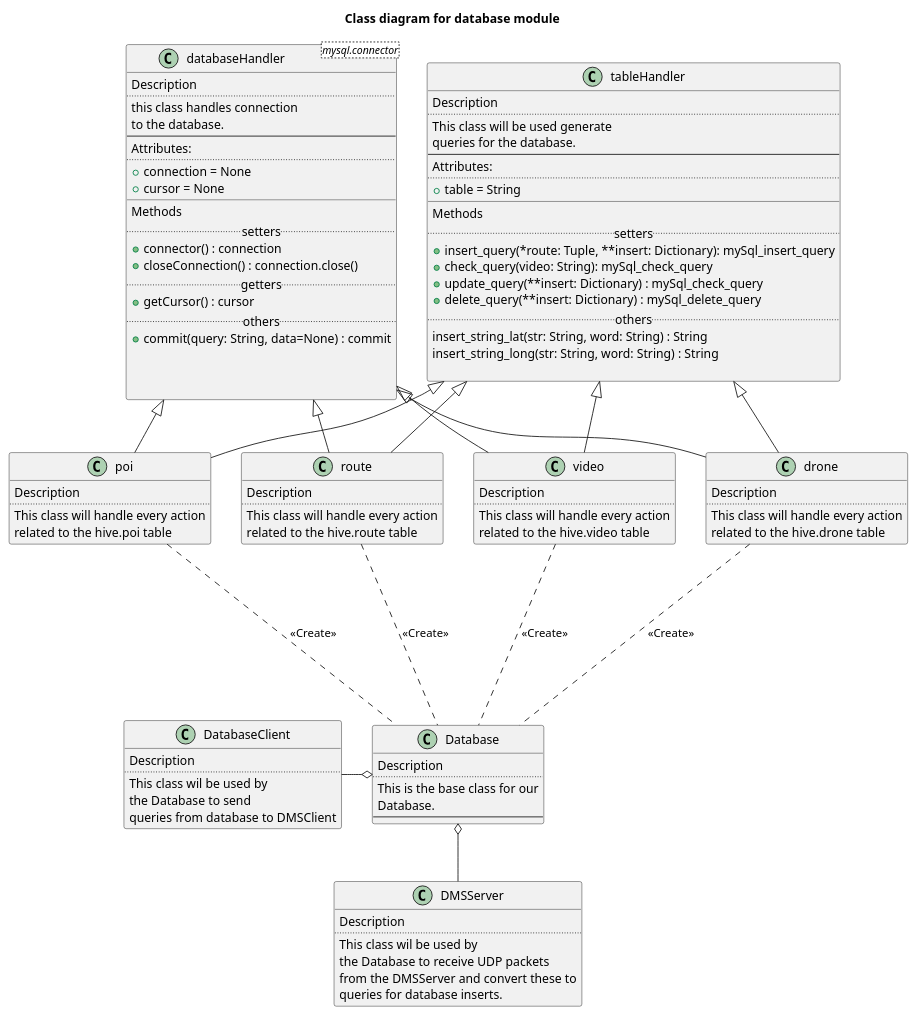
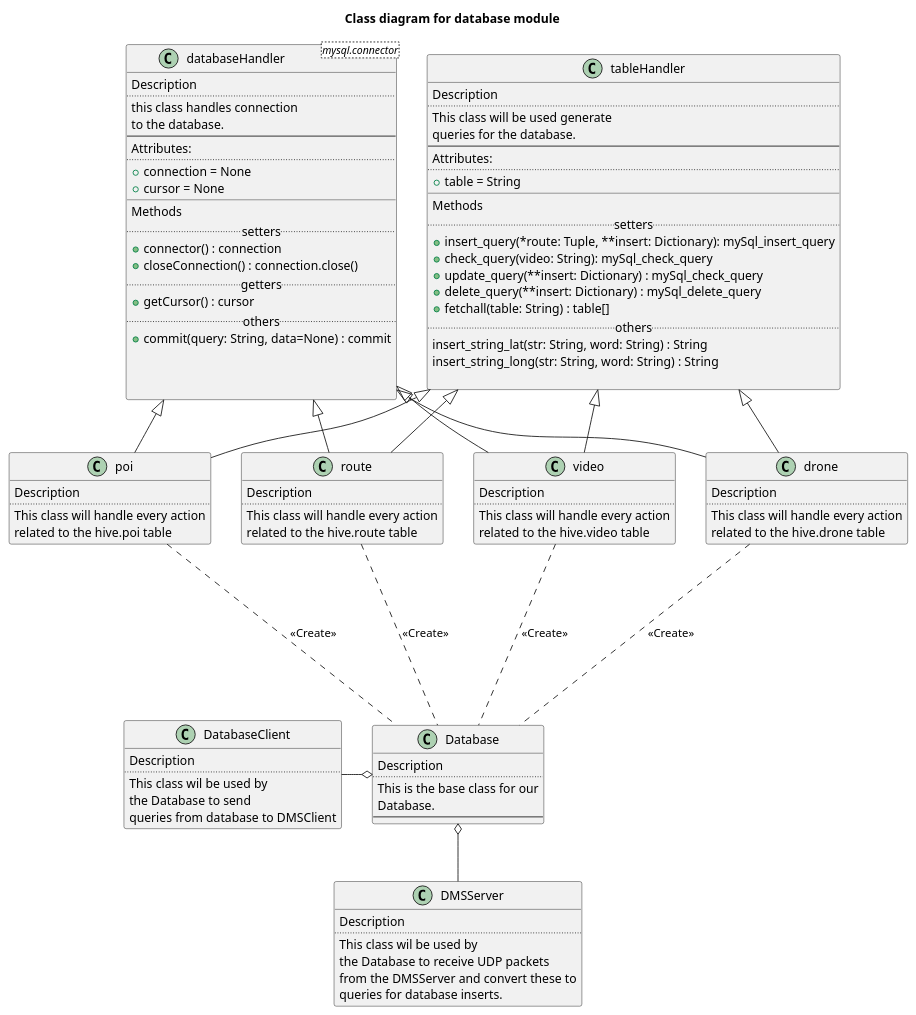
The first of 3 diagrams in hive/dataBase/README.ORG (CE-CF/P2-B214), drawn with PlantUML before and after one commit. The commit also changed 2 other files, not shown here.

Commit message:
Made output from getTable
output is a dictionary list with all table information

```diff
--- a/hive/dataBase/README.ORG
+++ b/hive/dataBase/README.ORG
@@ -4,4 +4,5 @@
 #+begin_src plantuml :file ClassDiagram.png
+@startuml
 title Class diagram for database module
 
 class databaseHandler<mysql.connector>{
@@ -44,6 +45,7 @@
         +check_query(video: String): mySql_check_query
         +update_query(**insert: Dictionary) : mySql_check_query
         +delete_query(**insert: Dictionary) : mySql_delete_query
+        +fetchall(table: String) : table[]
         ..others..
         insert_string_lat(str: String, word: String) : String
         insert_string_long(str: String, word: String) : String
@@ -114,4 +116,5 @@
 Database -up-.. video : "<<Create>>"
 Database o-left- DatabaseClient 
 Database o-down- DMSServer  
+@enduml
 #+end_src
```
